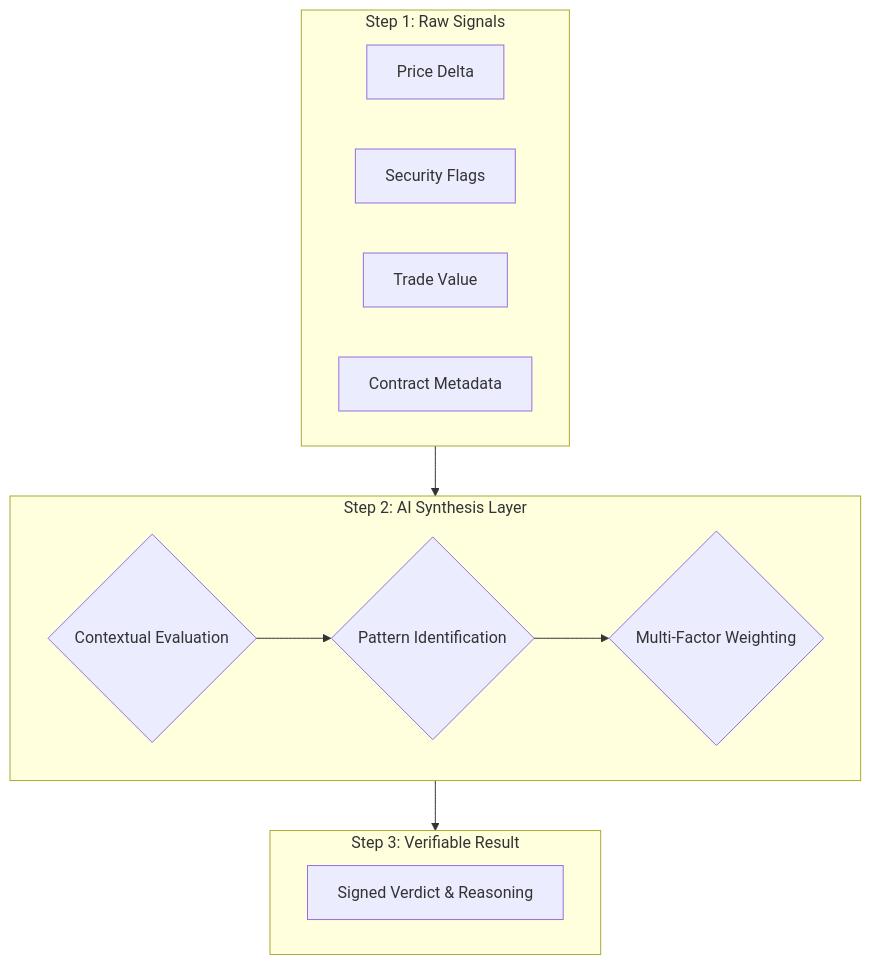
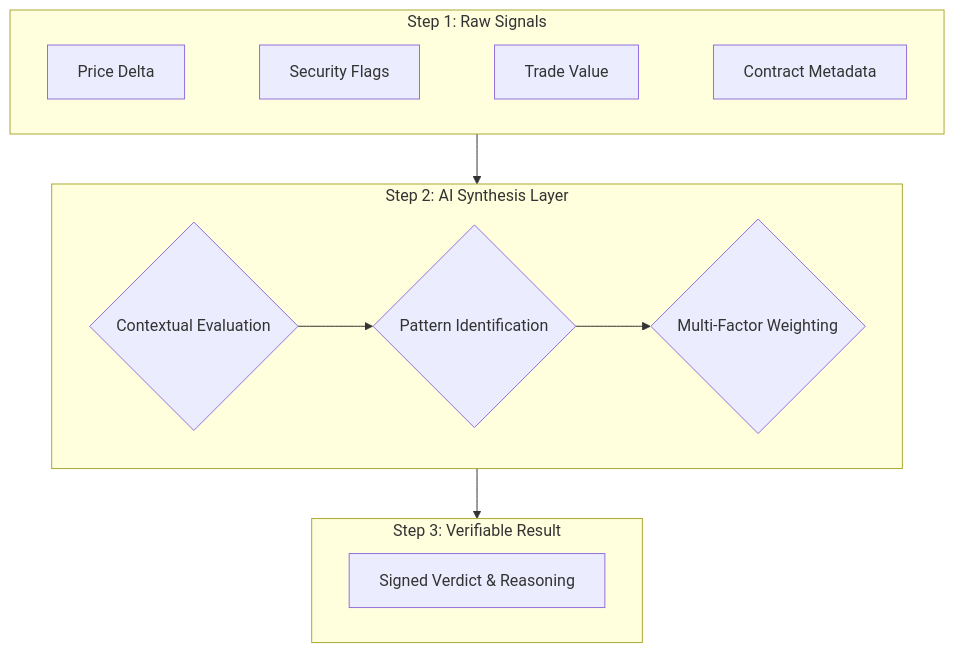
Before and after one commit to vjb/aegis-risk-oracle: the first of 2 diagrams in README.md, drawn with Mermaid.

Commit message:
docs: force horizontal layout for diagram and final temp file purge

````diff
--- a/README.md
+++ b/README.md
@@ -65,24 +65,21 @@
 ```mermaid
 flowchart TD
     subgraph Data_Inputs ["Step 1: Raw Signals"]
         direction LR
-        A[Price Delta]
-        B[Security Flags]
-        C[Trade Value]
-        D[Contract Metadata]
+        A[Price Delta] ~~~ B[Security Flags] ~~~ C[Trade Value] ~~~ D[Contract Metadata]
     end
 
     subgraph LLM_Synthesis ["Step 2: AI Synthesis Layer"]
         S1{Contextual Evaluation}
         S2{Pattern Identification}
         S3{Multi-Factor Weighting}
         S1 --> S2 --> S3
     end
 
     subgraph Output ["Step 3: Verifiable Result"]
         V[Signed Verdict & Reasoning]
     end
 
     Data_Inputs --> LLM_Synthesis
     LLM_Synthesis --> Output
 ```
````
